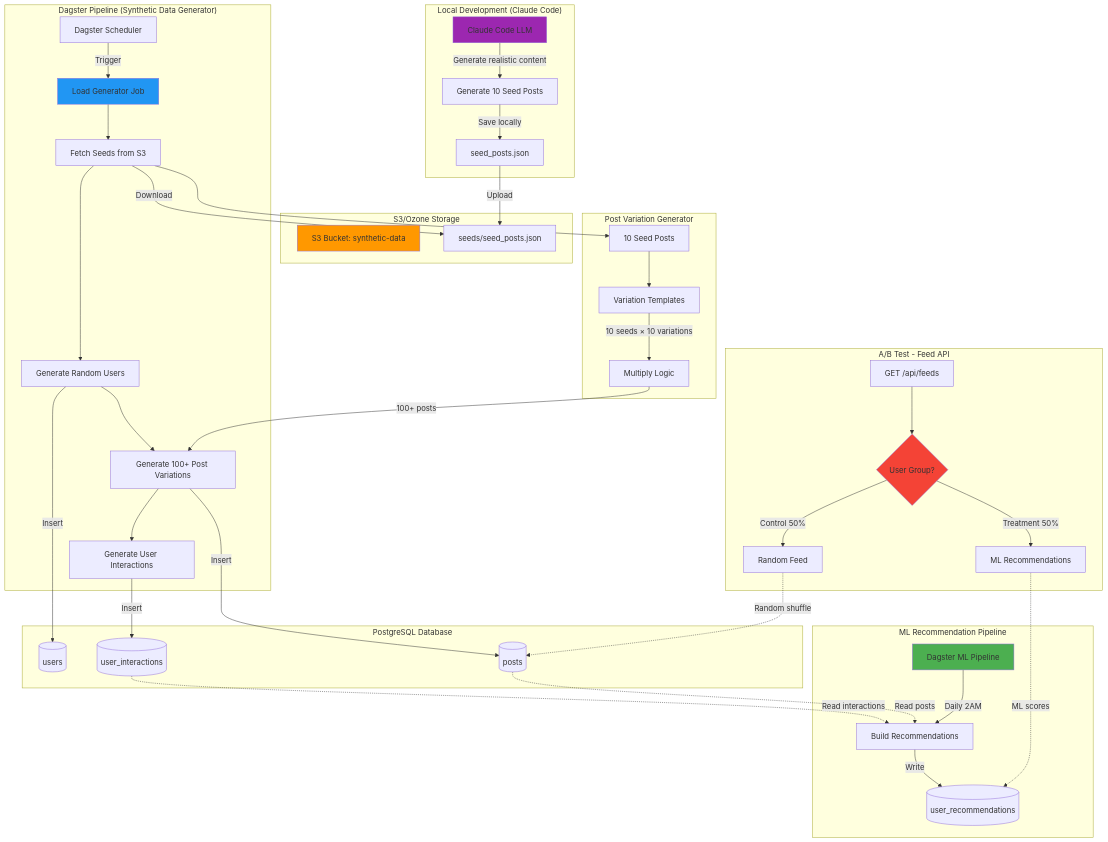
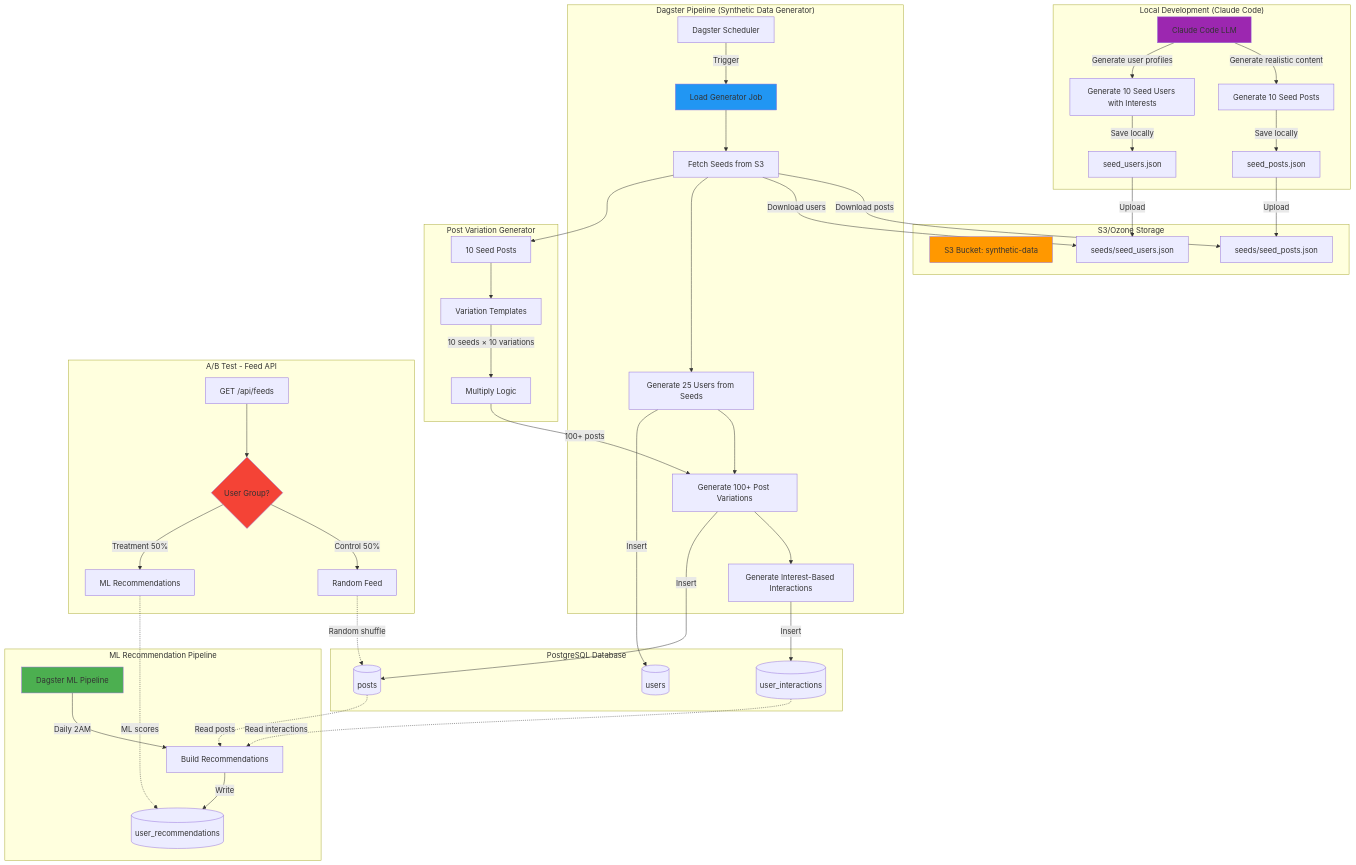
One commit to unknowntpo/threads-nextjs changed the diagram in docs/LOAD_TESTING_ARCHITECTURE.md. Above: the diagram before and after it, drawn with Mermaid. The commit also changed other lines of this file and 2 other files, not shown here.

First line of the commit message:
feat: generate seed data for load testing (posts + users with interests)

```diff
--- a/docs/LOAD_TESTING_ARCHITECTURE.md
+++ b/docs/LOAD_TESTING_ARCHITECTURE.md
@@ -10,18 +10,24 @@
 graph TB
     subgraph "Local Development (Claude Code)"
         LLM[Claude Code LLM]
-        SeedGen[Generate 10 Seed Posts]
-        SeedFile[seed_posts.json]
+        SeedPostGen[Generate 10 Seed Posts]
+        SeedUserGen[Generate 10 Seed Users with Interests]
+        SeedPostFile[seed_posts.json]
+        SeedUserFile[seed_users.json]
 
-        LLM -->|Generate realistic content| SeedGen
-        SeedGen -->|Save locally| SeedFile
+        LLM -->|Generate realistic content| SeedPostGen
+        LLM -->|Generate user profiles| SeedUserGen
+        SeedPostGen -->|Save locally| SeedPostFile
+        SeedUserGen -->|Save locally| SeedUserFile
     end
 
     subgraph "S3/Ozone Storage"
         S3Bucket[S3 Bucket: synthetic-data]
-        S3Seeds[seeds/seed_posts.json]
+        S3SeedPosts[seeds/seed_posts.json]
+        S3SeedUsers[seeds/seed_users.json]
 
-        SeedFile -->|Upload| S3Seeds
+        SeedPostFile -->|Upload| S3SeedPosts
+        SeedUserFile -->|Upload| S3SeedUsers
     end
 
     subgraph "Dagster Pipeline (Synthetic Data Generator)"
@@ -29,13 +35,14 @@
         LoadGen[Load Generator Job]
 
         FetchSeeds[Fetch Seeds from S3]
-        GenUsers[Generate Random Users]
+        GenUsers[Generate 25 Users from Seeds]
         GenPosts[Generate 100+ Post Variations]
-        GenInteractions[Generate User Interactions]
+        GenInteractions[Generate Interest-Based Interactions]
 
         Scheduler -->|Trigger| LoadGen
         LoadGen --> FetchSeeds
-        FetchSeeds -->|Download| S3Seeds
+        FetchSeeds -->|Download posts| S3SeedPosts
+        FetchSeeds -->|Download users| S3SeedUsers
         FetchSeeds --> GenUsers
         GenUsers --> GenPosts
         GenPosts --> GenInteractions
```
